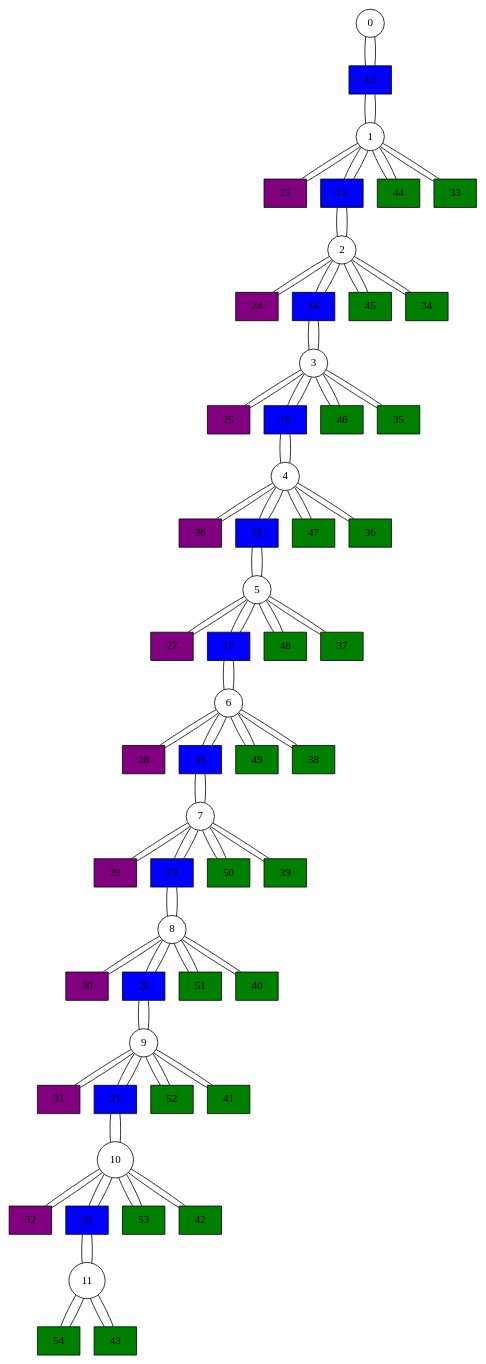
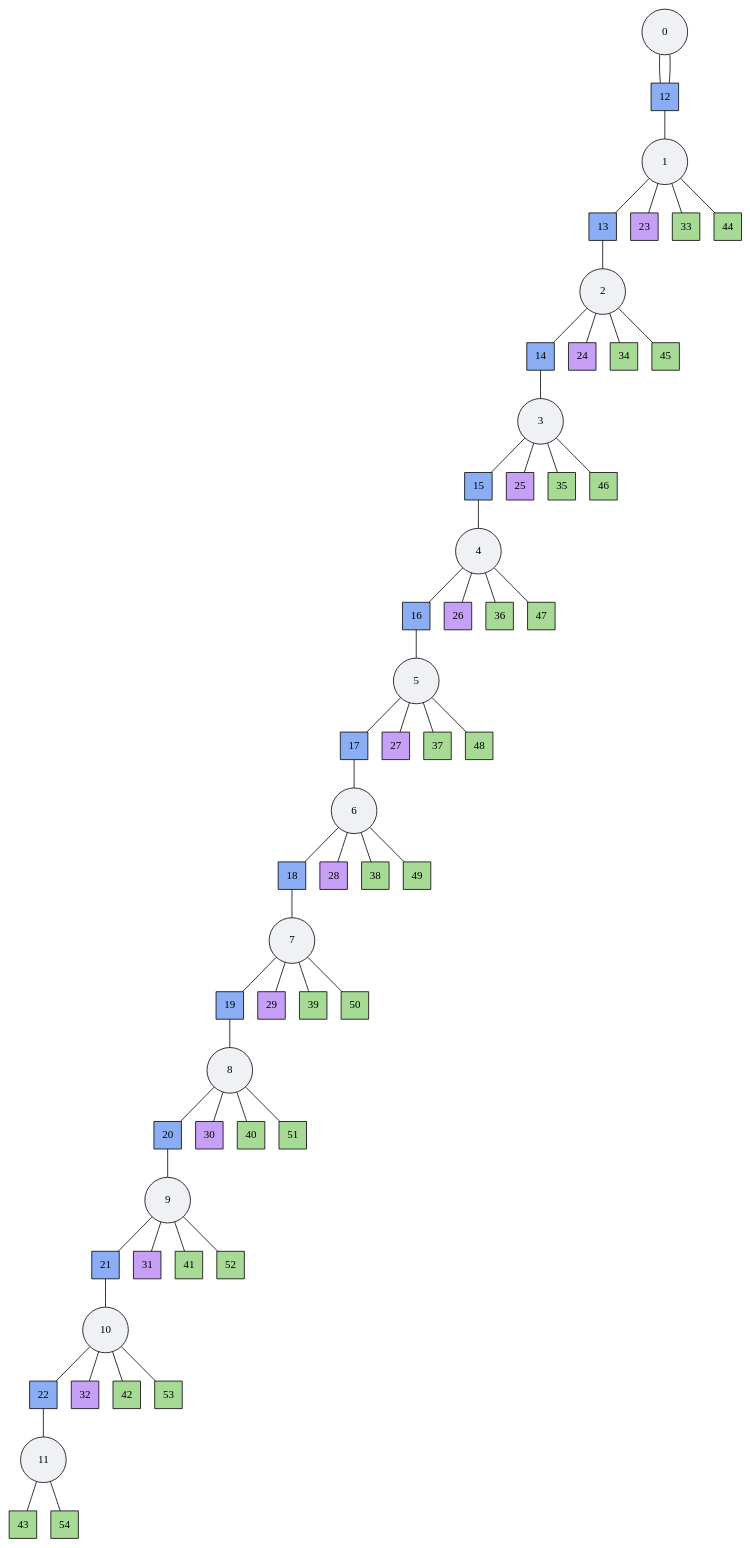
The diagram in graph_2.dot (AU-Master-Thesis/magics), drawn with Graphviz before and after one commit. The commit also changed 9 other files, not shown here.

Commit message:
feat: graph stuff

```diff
--- a/graph_2.dot
+++ b/graph_2.dot
@@ -1,166 +1,113 @@
 graph {
     node [style=filled]
-    0 [shape=circle, fillcolor=white]
-    0 -- 12
-    1 [shape=circle, fillcolor=white]
-    1 -- 23
-    1 -- 13
-    1 -- 12
-    1 -- 44
-    1 -- 33
-    2 [shape=circle, fillcolor=white]
-    2 -- 24
+    0 [shape=circle, fillcolor="#eff1f5", width=0.8]
+    1 [shape=circle, fillcolor="#eff1f5", width=0.8]
+    2 [shape=circle, fillcolor="#eff1f5", width=0.8]
+    3 [shape=circle, fillcolor="#eff1f5", width=0.8]
+    4 [shape=circle, fillcolor="#eff1f5", width=0.8]
+    5 [shape=circle, fillcolor="#eff1f5", width=0.8]
+    6 [shape=circle, fillcolor="#eff1f5", width=0.8]
+    7 [shape=circle, fillcolor="#eff1f5", width=0.8]
+    8 [shape=circle, fillcolor="#eff1f5", width=0.8]
+    9 [shape=circle, fillcolor="#eff1f5", width=0.8]
+    10 [shape=circle, fillcolor="#eff1f5", width=0.8]
+    11 [shape=circle, fillcolor="#eff1f5", width=0.8]
+    12 [shape=square, fillcolor="#8aadf4", width=0.2]
+    13 [shape=square, fillcolor="#8aadf4", width=0.2]
+    14 [shape=square, fillcolor="#8aadf4", width=0.2]
+    15 [shape=square, fillcolor="#8aadf4", width=0.2]
+    16 [shape=square, fillcolor="#8aadf4", width=0.2]
+    17 [shape=square, fillcolor="#8aadf4", width=0.2]
+    18 [shape=square, fillcolor="#8aadf4", width=0.2]
+    19 [shape=square, fillcolor="#8aadf4", width=0.2]
+    20 [shape=square, fillcolor="#8aadf4", width=0.2]
+    21 [shape=square, fillcolor="#8aadf4", width=0.2]
+    22 [shape=square, fillcolor="#8aadf4", width=0.2]
+    23 [shape=square, fillcolor="#c6a0f6", width=0.2]
+    24 [shape=square, fillcolor="#c6a0f6", width=0.2]
+    25 [shape=square, fillcolor="#c6a0f6", width=0.2]
+    26 [shape=square, fillcolor="#c6a0f6", width=0.2]
+    27 [shape=square, fillcolor="#c6a0f6", width=0.2]
+    28 [shape=square, fillcolor="#c6a0f6", width=0.2]
+    29 [shape=square, fillcolor="#c6a0f6", width=0.2]
+    30 [shape=square, fillcolor="#c6a0f6", width=0.2]
+    31 [shape=square, fillcolor="#c6a0f6", width=0.2]
+    32 [shape=square, fillcolor="#c6a0f6", width=0.2]
+    33 [shape=square, fillcolor="#a6da95", width=0.2]
+    34 [shape=square, fillcolor="#a6da95", width=0.2]
+    35 [shape=square, fillcolor="#a6da95", width=0.2]
+    36 [shape=square, fillcolor="#a6da95", width=0.2]
+    37 [shape=square, fillcolor="#a6da95", width=0.2]
+    38 [shape=square, fillcolor="#a6da95", width=0.2]
+    39 [shape=square, fillcolor="#a6da95", width=0.2]
+    40 [shape=square, fillcolor="#a6da95", width=0.2]
+    41 [shape=square, fillcolor="#a6da95", width=0.2]
+    42 [shape=square, fillcolor="#a6da95", width=0.2]
+    43 [shape=square, fillcolor="#a6da95", width=0.2]
+    44 [shape=square, fillcolor="#a6da95", width=0.2]
+    45 [shape=square, fillcolor="#a6da95", width=0.2]
+    46 [shape=square, fillcolor="#a6da95", width=0.2]
+    47 [shape=square, fillcolor="#a6da95", width=0.2]
+    48 [shape=square, fillcolor="#a6da95", width=0.2]
+    49 [shape=square, fillcolor="#a6da95", width=0.2]
+    50 [shape=square, fillcolor="#a6da95", width=0.2]
+    51 [shape=square, fillcolor="#a6da95", width=0.2]
+    52 [shape=square, fillcolor="#a6da95", width=0.2]
+    53 [shape=square, fillcolor="#a6da95", width=0.2]
+    54 [shape=square, fillcolor="#a6da95", width=0.2]
+    2 -- 34
+    5 -- 27
+    20 -- 9
+    8 -- 40
+    6 -- 49
+    6 -- 38
+    11 -- 43
+    21 -- 10
+    3 -- 46
+    6 -- 28
+    6 -- 18
+    8 -- 30
+    4 -- 47
+    9 -- 31
+    17 -- 6
+    18 -- 7
+    7 -- 39
+    3 -- 35
+    19 -- 8
     2 -- 14
-    2 -- 13
-    2 -- 45
-    2 -- 34
-    3 [shape=circle, fillcolor=white]
-    3 -- 25
-    3 -- 15
-    3 -- 14
-    3 -- 46
-    3 -- 35
-    4 [shape=circle, fillcolor=white]
     4 -- 26
     4 -- 16
-    4 -- 15
-    4 -- 47
-    4 -- 36
-    5 [shape=circle, fillcolor=white]
-    5 -- 27
-    5 -- 17
-    5 -- 16
-    5 -- 48
-    5 -- 37
-    6 [shape=circle, fillcolor=white]
-    6 -- 28
-    6 -- 18
-    6 -- 17
-    6 -- 49
-    6 -- 38
-    7 [shape=circle, fillcolor=white]
+    0 -- 12
+    12 -- 0
+    22 -- 11
+    10 -- 42
     7 -- 29
     7 -- 19
-    7 -- 18
+    1 -- 33
+    8 -- 20
+    3 -- 15
+    8 -- 51
+    4 -- 36
+    1 -- 23
+    5 -- 37
+    9 -- 41
+    1 -- 13
+    5 -- 48
+    9 -- 52
+    10 -- 32
+    1 -- 44
+    10 -- 22
+    10 -- 53
+    2 -- 24
+    9 -- 21
     7 -- 50
-    7 -- 39
-    8 [shape=circle, fillcolor=white]
-    8 -- 30
-    8 -- 20
-    8 -- 19
-    8 -- 51
-    8 -- 40
-    9 [shape=circle, fillcolor=white]
-    9 -- 31
-    9 -- 21
-    9 -- 20
-    9 -- 52
-    9 -- 41
-    10 [shape=circle, fillcolor=white]
-    10 -- 32
-    10 -- 22
-    10 -- 21
-    10 -- 53
-    10 -- 42
-    11 [shape=circle, fillcolor=white]
-    11 -- 22
+    2 -- 45
     11 -- 54
-    11 -- 43
-    12 [shape=box, fillcolor=blue]
+    3 -- 25
     12 -- 1
-    12 -- 0
-    13 [shape=box, fillcolor=blue]
     13 -- 2
-    13 -- 1
-    14 [shape=box, fillcolor=blue]
     14 -- 3
-    14 -- 2
-    15 [shape=box, fillcolor=blue]
     15 -- 4
-    15 -- 3
-    16 [shape=box, fillcolor=blue]
     16 -- 5
-    16 -- 4
-    17 [shape=box, fillcolor=blue]
-    17 -- 6
-    17 -- 5
-    18 [shape=box, fillcolor=blue]
-    18 -- 7
-    18 -- 6
-    19 [shape=box, fillcolor=blue]
-    19 -- 8
-    19 -- 7
-    20 [shape=box, fillcolor=blue]
-    20 -- 9
-    20 -- 8
-    21 [shape=box, fillcolor=blue]
-    21 -- 10
-    21 -- 9
-    22 [shape=box, fillcolor=blue]
-    22 -- 11
-    22 -- 10
-    23 [shape=box, fillcolor=purple]
-    23 -- 1
-    24 [shape=box, fillcolor=purple]
-    24 -- 2
-    25 [shape=box, fillcolor=purple]
-    25 -- 3
-    26 [shape=box, fillcolor=purple]
-    26 -- 4
-    27 [shape=box, fillcolor=purple]
-    27 -- 5
-    28 [shape=box, fillcolor=purple]
-    28 -- 6
-    29 [shape=box, fillcolor=purple]
-    29 -- 7
-    30 [shape=box, fillcolor=purple]
-    30 -- 8
-    31 [shape=box, fillcolor=purple]
-    31 -- 9
-    32 [shape=box, fillcolor=purple]
-    32 -- 10
-    33 [shape=box, fillcolor=green]
-    33 -- 1
-    34 [shape=box, fillcolor=green]
-    34 -- 2
-    35 [shape=box, fillcolor=green]
-    35 -- 3
-    36 [shape=box, fillcolor=green]
-    36 -- 4
-    37 [shape=box, fillcolor=green]
-    37 -- 5
-    38 [shape=box, fillcolor=green]
-    38 -- 6
-    39 [shape=box, fillcolor=green]
-    39 -- 7
-    40 [shape=box, fillcolor=green]
-    40 -- 8
-    41 [shape=box, fillcolor=green]
-    41 -- 9
-    42 [shape=box, fillcolor=green]
-    42 -- 10
-    43 [shape=box, fillcolor=green]
-    43 -- 11
-    44 [shape=box, fillcolor=green]
-    44 -- 1
-    45 [shape=box, fillcolor=green]
-    45 -- 2
-    46 [shape=box, fillcolor=green]
-    46 -- 3
-    47 [shape=box, fillcolor=green]
-    47 -- 4
-    48 [shape=box, fillcolor=green]
-    48 -- 5
-    49 [shape=box, fillcolor=green]
-    49 -- 6
-    50 [shape=box, fillcolor=green]
-    50 -- 7
-    51 [shape=box, fillcolor=green]
-    51 -- 8
-    52 [shape=box, fillcolor=green]
-    52 -- 9
-    53 [shape=box, fillcolor=green]
-    53 -- 10
-    54 [shape=box, fillcolor=green]
-    54 -- 11
+    5 -- 17
 }
```
